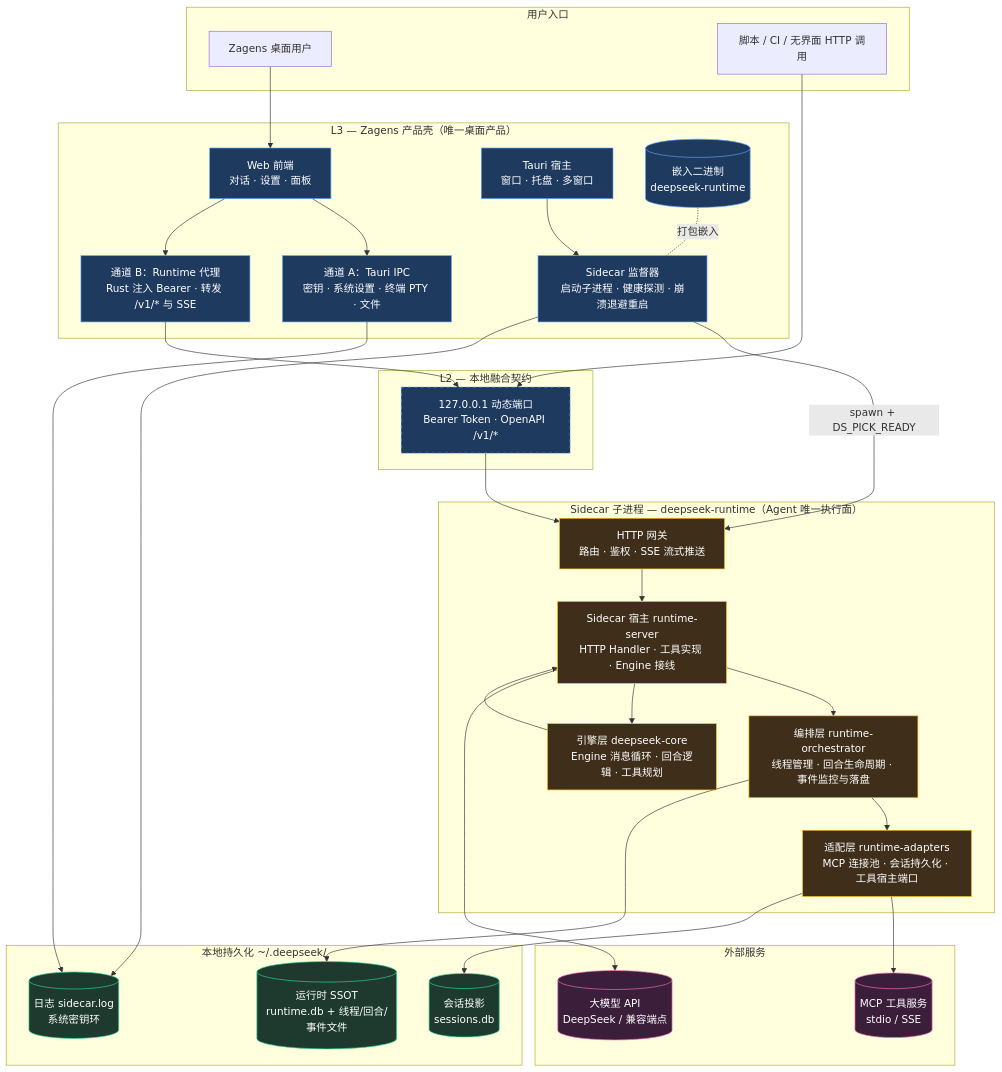
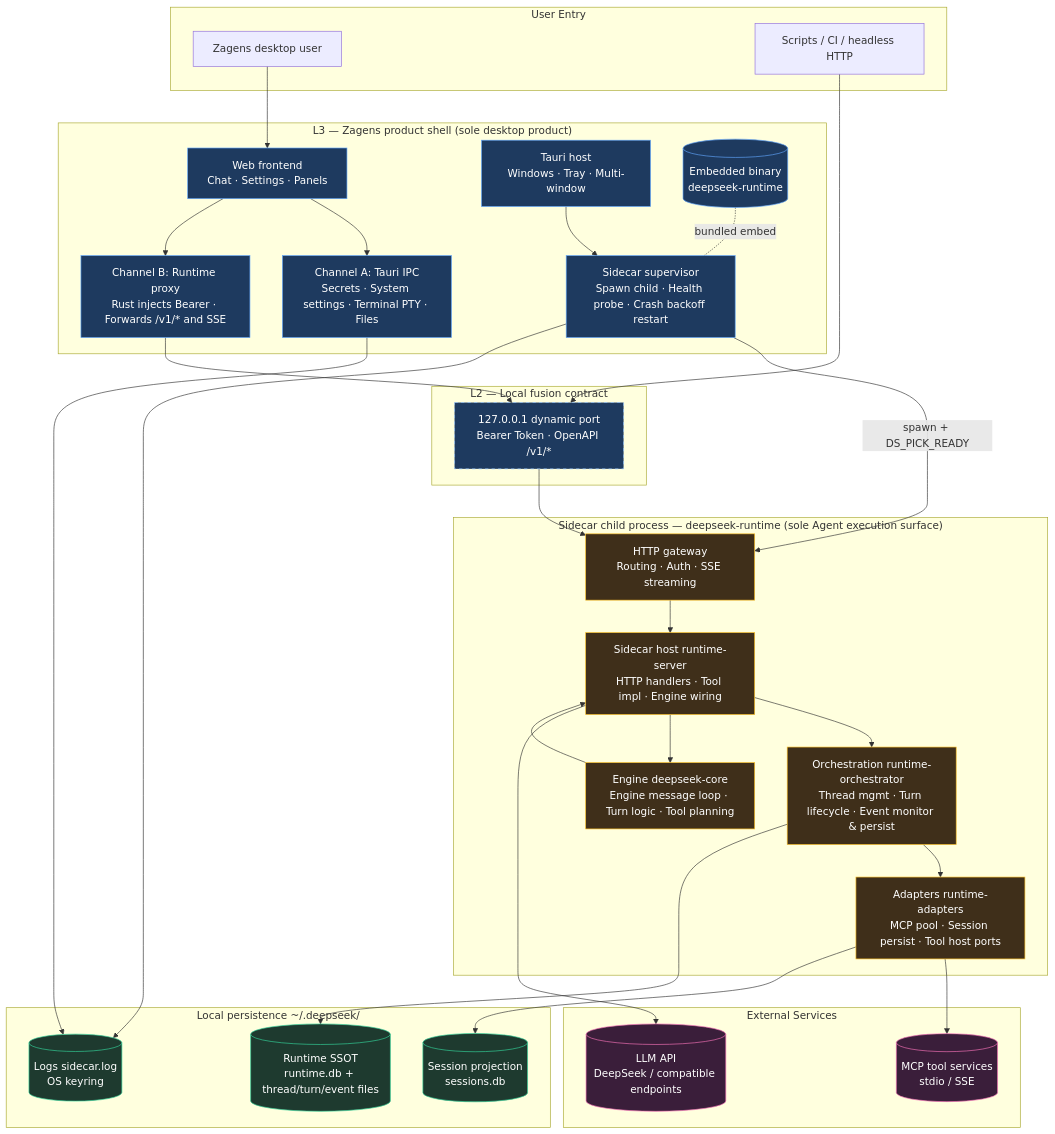
One commit to didclawapp-ai/zagens changed the first of 6 diagrams in docs/tech/RUNTIME_ARCHITECTURE.md. Above: the diagram before and after it, drawn with Mermaid. The commit also changed other lines of this file and 26 other files, not shown here.

````diff
--- a/docs/tech/RUNTIME_ARCHITECTURE.md
+++ b/docs/tech/RUNTIME_ARCHITECTURE.md
@@ -40,72 +40,72 @@
 ```mermaid
 flowchart TB
-    subgraph 用户入口["用户入口"]
-        U1["Zagens 桌面用户"]
-        U2["脚本 / CI / 无界面 HTTP 调用"]
+    subgraph entry["User Entry"]
+        U1["Zagens desktop user"]
+        U2["Scripts / CI / headless HTTP"]
     end
 
-    subgraph L3["L3 — Zagens 产品壳（唯一桌面产品）"]
-        UI["Web 前端<br/>对话 · 设置 · 面板"]
-        TAURI["Tauri 宿主<br/>窗口 · 托盘 · 多窗口"]
-        CH_A["通道 A：Tauri IPC<br/>密钥 · 系统设置 · 终端 PTY · 文件"]
-        CH_B["通道 B：Runtime 代理<br/>Rust 注入 Bearer · 转发 /v1/* 与 SSE"]
-        SUP["Sidecar 监督器<br/>启动子进程 · 健康探测 · 崩溃退避重启"]
-        BIN[("嵌入二进制<br/>deepseek-runtime")]
+    subgraph L3["L3 — Zagens product shell (sole desktop product)"]
+        UI["Web frontend<br/>Chat · Settings · Panels"]
+        TAURI["Tauri host<br/>Windows · Tray · Multi-window"]
+        CH_A["Channel A: Tauri IPC<br/>Secrets · System settings · Terminal PTY · Files"]
+        CH_B["Channel B: Runtime proxy<br/>Rust injects Bearer · Forwards /v1/* and SSE"]
+        SUP["Sidecar supervisor<br/>Spawn child · Health probe · Crash backoff restart"]
+        BIN[("Embedded binary<br/>deepseek-runtime")]
     end
 
-    subgraph L2["L2 — 本地融合契约"]
-        WIRE["127.0.0.1 动态端口<br/>Bearer Token · OpenAPI /v1/*"]
+    subgraph L2["L2 — Local fusion contract"]
+        WIRE["127.0.0.1 dynamic port<br/>Bearer Token · OpenAPI /v1/*"]
     end
 
-    subgraph Sidecar["Sidecar 子进程 — deepseek-runtime（Agent 唯一执行面）"]
-        GATE["HTTP 网关<br/>路由 · 鉴权 · SSE 流式推送"]
-        HOST["Sidecar 宿主 runtime-server<br/>HTTP Handler · 工具实现 · Engine 接线"]
-        ORCH["编排层 runtime-orchestrator<br/>线程管理 · 回合生命周期 · 事件监控与落盘"]
-        ADPT["适配层 runtime-adapters<br/>MCP 连接池 · 会话持久化 · 工具宿主端口"]
-        CORE["引擎层 deepseek-core<br/>Engine 消息循环 · 回合逻辑 · 工具规划"]
+    subgraph Sidecar["Sidecar child process — deepseek-runtime (sole Agent execution surface)"]
+        GATE["HTTP gateway<br/>Routing · Auth · SSE streaming"]
+        HOST["Sidecar host runtime-server<br/>HTTP handlers · Tool impl · Engine wiring"]
+        ORCH["Orchestration runtime-orchestrator<br/>Thread mgmt · Turn lifecycle · Event monitor & persist"]
+        ADPT["Adapters runtime-adapters<br/>MCP pool · Session persist · Tool host ports"]
+        CORE["Engine deepseek-core<br/>Engine message loop · Turn logic · Tool planning"]
     end
 
-    subgraph 外部["外部服务"]
-        LLM[("大模型 API<br/>DeepSeek / 兼容端点")]
-        MCP[("MCP 工具服务<br/>stdio / SSE")]
+    subgraph external["External Services"]
+        LLM[("LLM API<br/>DeepSeek / compatible endpoints")]
+        MCP[("MCP tool services<br/>stdio / SSE")]
     end
 
-    subgraph 本地存储["本地持久化 ~/.deepseek/"]
-        SESS[("会话投影<br/>sessions.db")]
-        RT[("运行时 SSOT<br/>runtime.db + 线程/回合/事件文件")]
-        LOG[("日志 sidecar.log<br/>系统密钥环")]
+    subgraph storage["Local persistence ~/.deepseek/"]
+        SESS[("Session projection<br/>sessions.db")]
+        RT[("Runtime SSOT<br/>runtime.db + thread/turn/event files")]
+        LOG[("Logs sidecar.log<br/>OS keyring")]
     end
 
     U1 --> UI
     U2 --> WIRE
     UI --> CH_A
     UI --> CH_B
     TAURI --> SUP
     CH_A --> LOG
     CH_B --> WIRE
     SUP -- "spawn + DS_PICK_READY" --> GATE
-    BIN -. "打包嵌入" .- SUP
+    BIN -. "bundled embed" .- SUP
 
     WIRE --> GATE
     GATE --> HOST
     HOST --> ORCH
     ORCH --> ADPT
     HOST --> CORE
     CORE --> HOST
     HOST --> LLM
     ADPT --> MCP
     ADPT --> SESS
     ORCH --> RT
     SUP --> LOG
 
     classDef product fill:#1e3a5f,stroke:#60a5fa,color:#fff
     classDef contract fill:#1e3a5f,stroke:#93c5fd,color:#fff,stroke-dasharray: 5 5
     classDef sidecar fill:#3f2f1a,stroke:#fbbf24,color:#fff
     classDef ext fill:#3a1e3a,stroke:#f472b6,color:#fff
     classDef store fill:#1e3a2f,stroke:#34d399,color:#fff
     class UI,TAURI,CH_A,CH_B,SUP,BIN product
     class WIRE contract
     class GATE,HOST,ORCH,ADPT,CORE sidecar
     class LLM,MCP ext
     class SESS,RT,LOG store
 ```
````
